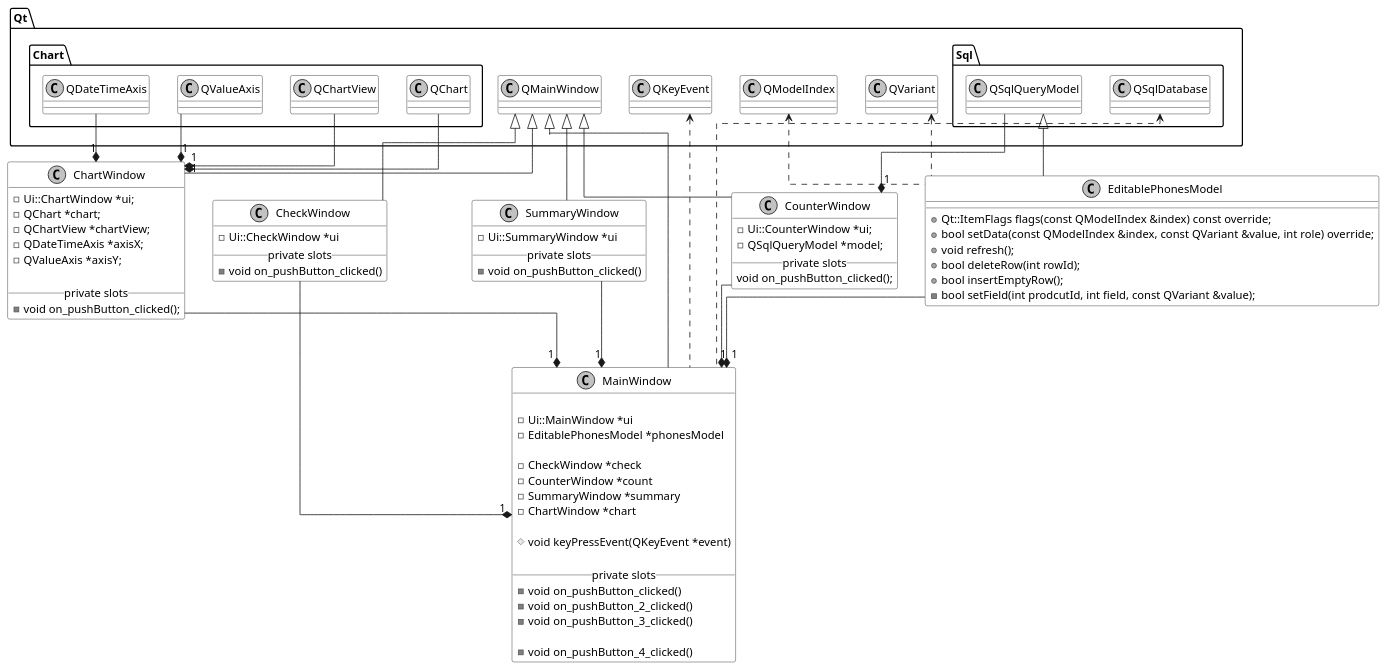
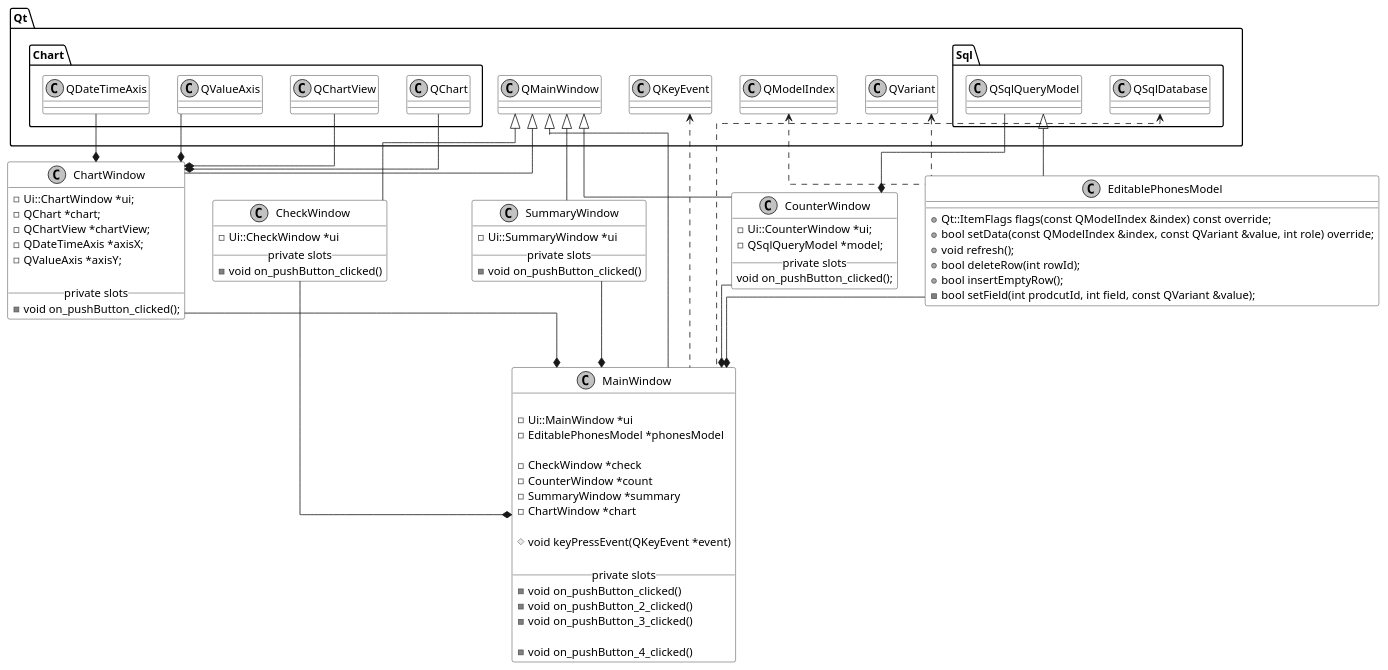
The diagram in oop/practice-03/docs/qt.pu (BANOnotIT/homework), drawn with PlantUML before and after one commit. The commit also changed 2 other files, not shown here.

```diff
--- a/oop/practice-03/docs/qt.pu
+++ b/oop/practice-03/docs/qt.pu
@@ -1,92 +1,92 @@
 skinparam monochrome true
 skinparam shadowing false
 skinparam classBackgroundColor transparent
 skinparam linetype polyline
 skinparam linetype ortho
 
 set namespaceSeparator ::
 
 class MainWindow {
 
     -Ui::MainWindow *ui
     -EditablePhonesModel *phonesModel
 
     -CheckWindow *check
     -CounterWindow *count
     -SummaryWindow *summary
     -ChartWindow *chart
 
     #void keyPressEvent(QKeyEvent *event)
 
 __ private slots __
     -void on_pushButton_clicked()
     -void on_pushButton_2_clicked()
     -void on_pushButton_3_clicked()
 
     -void on_pushButton_4_clicked()
 }
 
 Qt::QMainWindow <|-- MainWindow
 Qt::QKeyEvent <.. MainWindow
 Qt::Sql::QSqlDatabase <.. MainWindow
 
 class EditablePhonesModel {
     +Qt::ItemFlags flags(const QModelIndex &index) const override;
     +bool setData(const QModelIndex &index, const QVariant &value, int role) override;
     +void refresh();
     +bool deleteRow(int rowId);
     +bool insertEmptyRow();
     -bool setField(int prodcutId, int field, const QVariant &value);
 }
 
 Qt::Sql::QSqlQueryModel <|-- EditablePhonesModel
 Qt::QVariant <.. EditablePhonesModel
 Qt::QModelIndex <.. EditablePhonesModel
-EditablePhonesModel --* "1" MainWindow
+EditablePhonesModel --*  MainWindow
 
 class ChartWindow {
     -Ui::ChartWindow *ui;
     -QChart *chart;
     -QChartView *chartView;
     -QDateTimeAxis *axisX;
     -QValueAxis *axisY;
 
 __ private slots __
     -void on_pushButton_clicked();
 }
 
 Qt::QMainWindow <|-- ChartWindow
-Qt::Chart::QChart --* "1" ChartWindow
-Qt::Chart::QChartView --* "1" ChartWindow
-Qt::Chart::QValueAxis --* "1" ChartWindow
-Qt::Chart::QDateTimeAxis --* "1" ChartWindow
-ChartWindow --* "1" MainWindow
+Qt::Chart::QChart --*  ChartWindow
+Qt::Chart::QChartView --*  ChartWindow
+Qt::Chart::QValueAxis --*  ChartWindow
+Qt::Chart::QDateTimeAxis --*  ChartWindow
+ChartWindow --*  MainWindow
 
 class CounterWindow {
     -Ui::CounterWindow *ui;
     -QSqlQueryModel *model;
 __ private slots__
     void on_pushButton_clicked();
 }
 
 Qt::QMainWindow <|-- CounterWindow
-Qt::Sql::QSqlQueryModel --* "1" CounterWindow
-CounterWindow --* "1" MainWindow
+Qt::Sql::QSqlQueryModel --*  CounterWindow
+CounterWindow --*  MainWindow
 
 class SummaryWindow {
     -Ui::SummaryWindow *ui
 __ private slots __
     -void on_pushButton_clicked()
 }
 
 Qt::QMainWindow <|-- SummaryWindow
-SummaryWindow --* "1" MainWindow
+SummaryWindow --*  MainWindow
 
 class CheckWindow {
     -Ui::CheckWindow *ui
 __ private slots __
     -void on_pushButton_clicked()
 }
 
 Qt::QMainWindow <|-- CheckWindow
-CheckWindow --* "1" MainWindow
+CheckWindow --*  MainWindow
```
